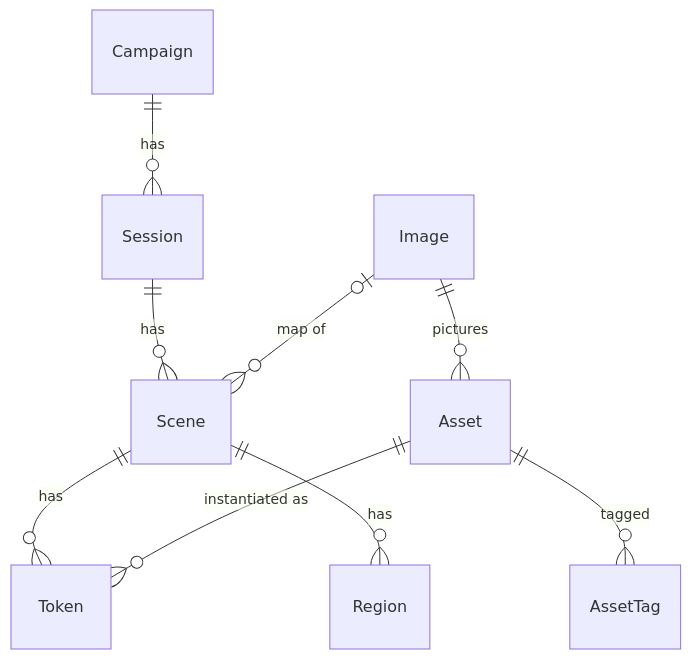
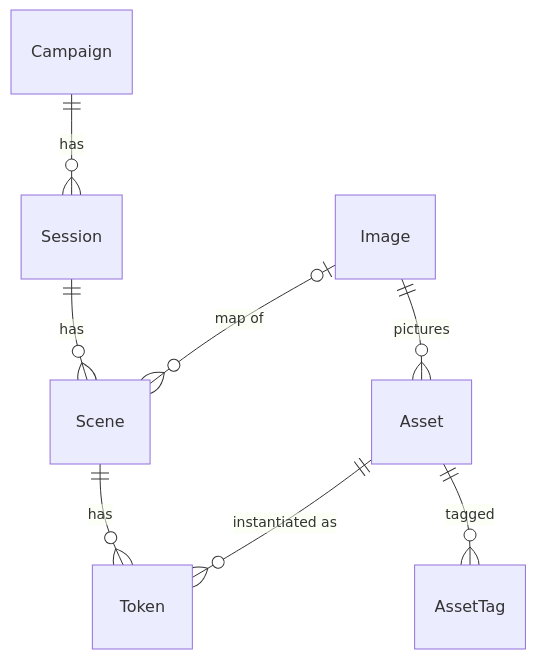
Before and after one commit to giorgosroussos/dnd-vtt: the diagram in specs/03-domain-model.md, drawn with Mermaid. The commit also changed other lines of this file and 67 other files, not shown here.

````diff
--- a/specs/03-domain-model.md
+++ b/specs/03-domain-model.md
@@ -23,11 +22,10 @@
 ```mermaid
 erDiagram
   Campaign ||--o{ Session : has
   Session ||--o{ Scene : has
   Scene ||--o{ Token : has
-  Scene ||--o{ Region : has
   Asset ||--o{ Token : "instantiated as"
   Asset ||--o{ AssetTag : tagged
   Image ||--o{ Asset : pictures
   Image |o--o{ Scene : "map of"
 ```
````
